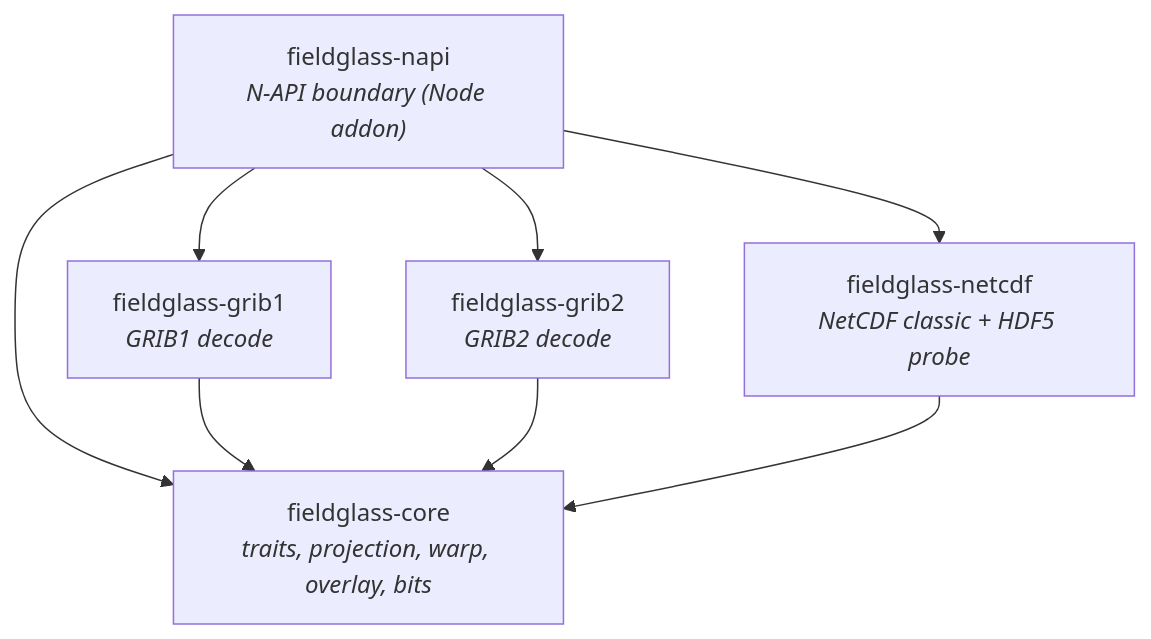
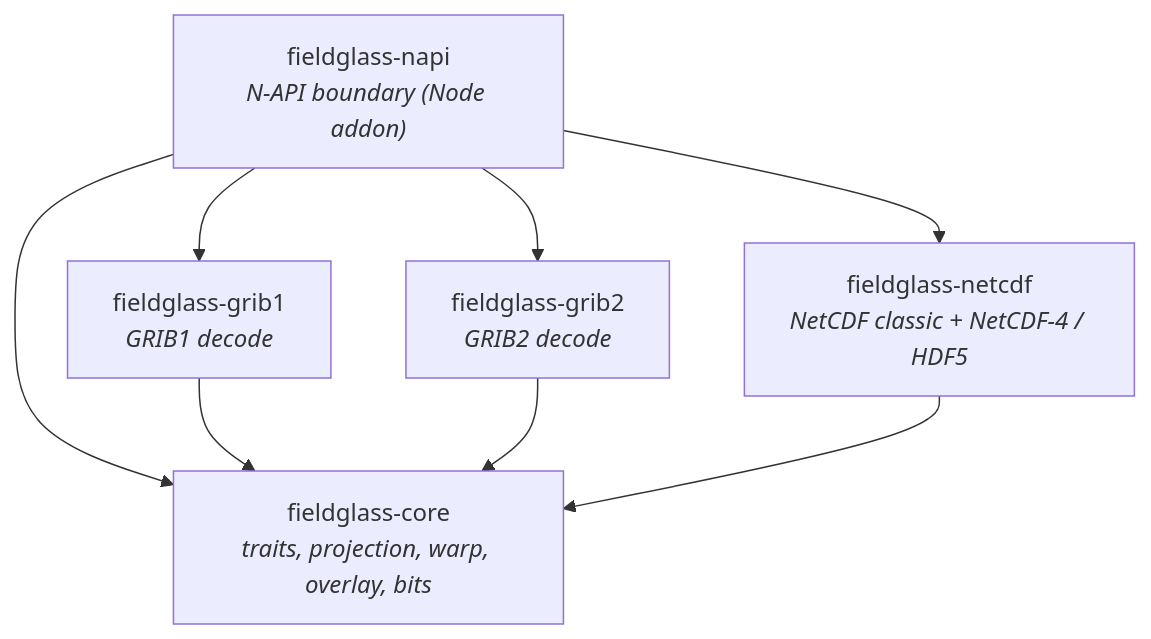
One commit to D0ubleD0uble/fieldglass changed the diagram in docs/architecture/01-crates.md. Above: the diagram before and after it, drawn with Mermaid. The commit also changed 10 other files, not shown here.

First line of the commit message:
docs: align NetCDF-4 / GRIB2 capability docs with 0.2.0 (#195)

````diff
--- a/docs/architecture/01-crates.md
+++ b/docs/architecture/01-crates.md
@@ -9,16 +9,16 @@
 ```mermaid
 flowchart TD
     napi["fieldglass-napi<br/><i>N-API boundary (Node addon)</i>"]
     grib1["fieldglass-grib1<br/><i>GRIB1 decode</i>"]
     grib2["fieldglass-grib2<br/><i>GRIB2 decode</i>"]
-    netcdf["fieldglass-netcdf<br/><i>NetCDF classic + HDF5 probe</i>"]
+    netcdf["fieldglass-netcdf<br/><i>NetCDF classic + NetCDF-4 / HDF5</i>"]
     core["fieldglass-core<br/><i>traits, projection, warp, overlay, bits</i>"]
 
     napi --> grib1
     napi --> grib2
     napi --> netcdf
     napi --> core
     grib1 --> core
     grib2 --> core
     netcdf --> core
 ```
````
